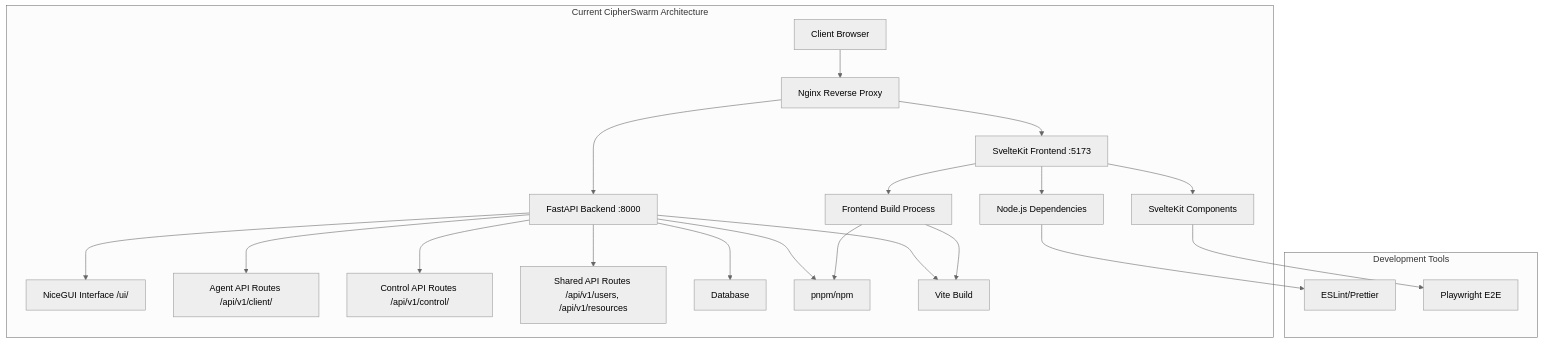
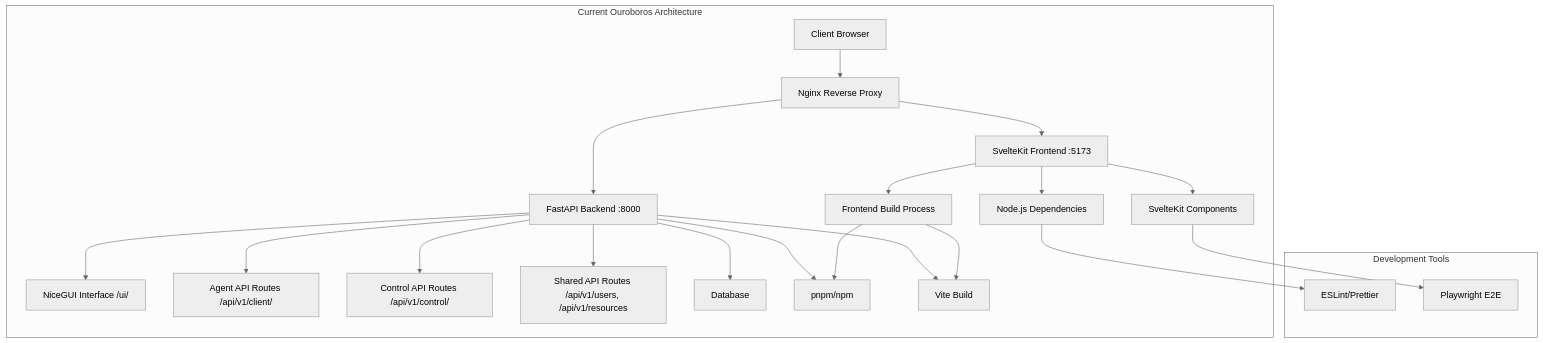
Before and after one commit to unclesp1d3r/Ouroboros: the first of 3 diagrams in .kiro/specs/sveltekit-frontend-removal/design.md, drawn with Mermaid (neutral theme). The commit also changed other lines of this file and 69 other files, not shown here.

````diff
--- a/.kiro/specs/sveltekit-frontend-removal/design.md
+++ b/.kiro/specs/sveltekit-frontend-removal/design.md
@@ -13,32 +13,32 @@
 ```mermaid
 graph TB
-    subgraph "Current CipherSwarm Architecture"
+    subgraph "Current Ouroboros Architecture"
         A[Client Browser] --> B[Nginx Reverse Proxy]
         B --> C[SvelteKit Frontend :5173]
         B --> D[FastAPI Backend :8000]
 
         C --> E[Frontend Build Process]
         C --> F[Node.js Dependencies]
         C --> G[SvelteKit Components]
 
         D --> H[NiceGUI Interface /ui/]
         D --> I[Agent API Routes /api/v1/client/]
         D --> J[Control API Routes /api/v1/control/]
         D --> K[Shared API Routes /api/v1/users, /api/v1/resources]
         D --> L[Database]
         D --> M[Redis Cache]
         D --> N[MinIO Storage]
     end
 
     subgraph "Development Tools"
         M[pnpm/npm]
         N[Vite Build]
         O[ESLint/Prettier]
         P[Playwright E2E]
     end
 
     E --> M
     E --> N
     F --> O
     G --> P
 ```
````
